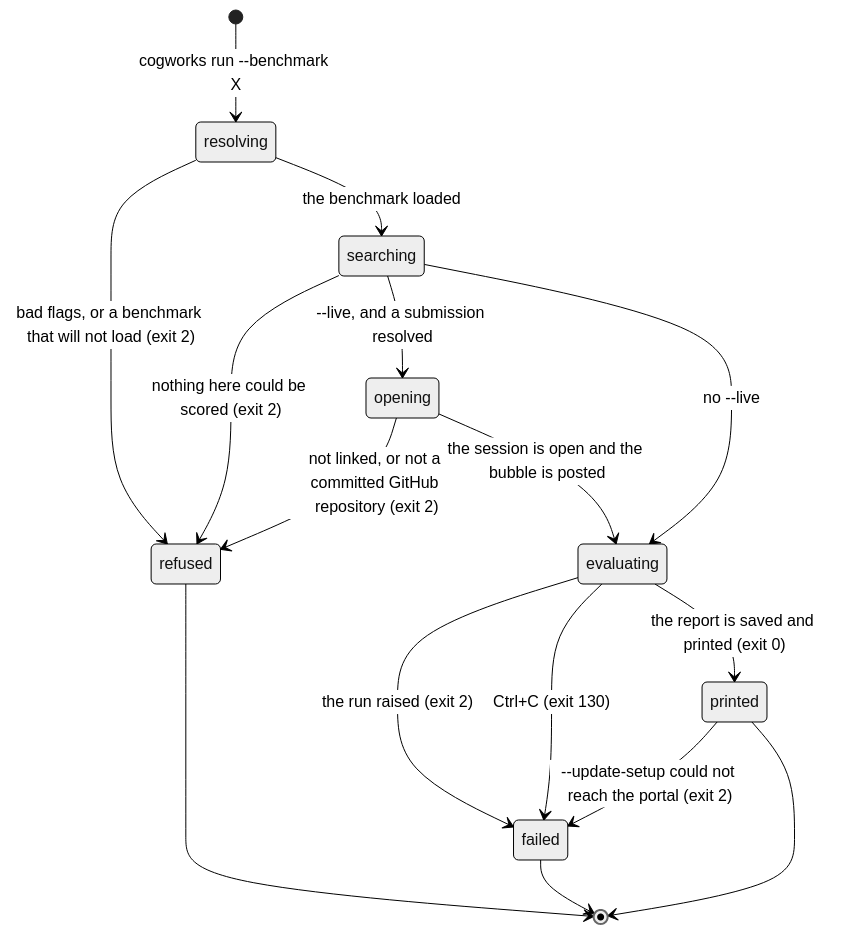
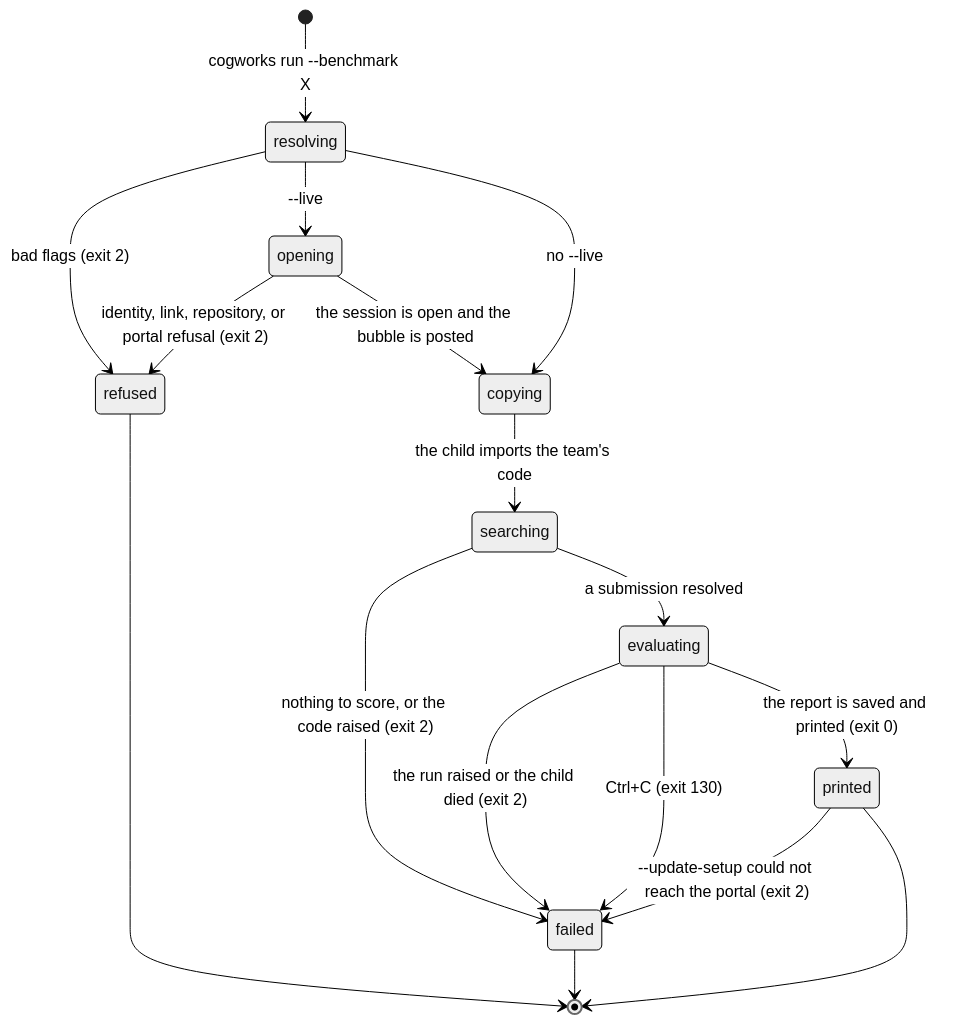
Before and after one commit to SamGu-NRX/CogPortal: the diagram in docs/product-description/terminal/run.md, drawn with Mermaid (neutral theme). The commit also changed other lines of this file and 41 other files, not shown here.

````diff
--- a/docs/product-description/terminal/run.md
+++ b/docs/product-description/terminal/run.md
@@ -55,18 +54,19 @@
 ```mermaid
 stateDiagram-v2
     [*] --> resolving : cogworks run --benchmark X
-    resolving --> refused : bad flags, or a benchmark that will not load (exit 2)
-    resolving --> searching : the benchmark loaded
-    searching --> refused : nothing here could be scored (exit 2)
-    searching --> opening : --live, and a submission resolved
-    searching --> evaluating : no --live
-    opening --> refused : not linked, or not a committed GitHub repository (exit 2)
-    opening --> evaluating : the session is open and the bubble is posted
-    evaluating --> failed : the run raised (exit 2)
+    resolving --> refused : bad flags (exit 2)
+    resolving --> opening : --live
+    resolving --> copying : no --live
+    opening --> refused : identity, link, repository, or portal refusal (exit 2)
+    opening --> copying : the session is open and the bubble is posted
+    copying --> searching : the child imports the team's code
+    searching --> failed : nothing to score, or the code raised (exit 2)
+    searching --> evaluating : a submission resolved
+    evaluating --> failed : the run raised or the child died (exit 2)
     evaluating --> failed : Ctrl+C (exit 130)
     evaluating --> printed : the report is saved and printed (exit 0)
     printed --> failed : --update-setup could not reach the portal (exit 2)
     printed --> [*]
     refused --> [*]
     failed --> [*]
 ```
````
